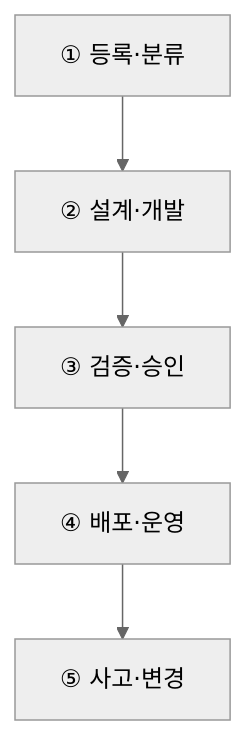
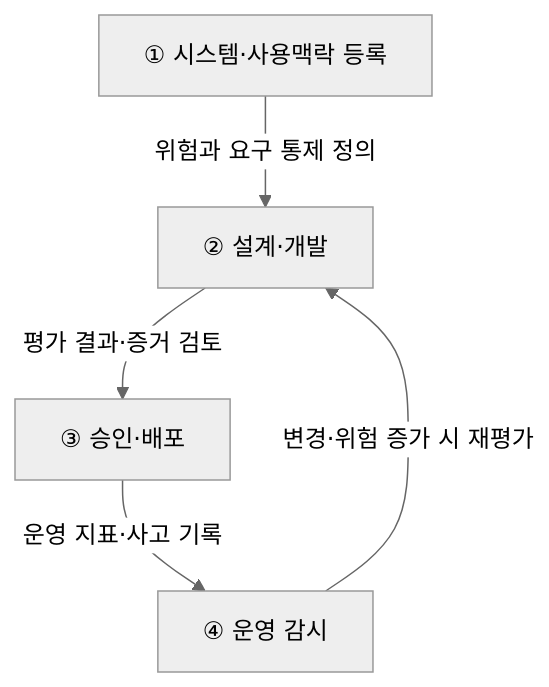
The second of 2 diagrams in src/content/docs/notes/itpe/01-it-strategy/050_ai_governance_platform.md (agnusdei1207/study), drawn with Mermaid (neutral theme) before and after one commit. The commit also changed other lines of this file and 3 other files, not shown here.

````diff
--- a/src/content/docs/notes/itpe/01-it-strategy/050_ai_governance_platform.md
+++ b/src/content/docs/notes/itpe/01-it-strategy/050_ai_governance_platform.md
@@ -106,4 +109,7 @@
 ```mermaid
 flowchart TD
-    S1["① 등록·분류"] --> S2["② 설계·개발"] --> S3["③ 검증·승인"] --> S4["④ 배포·운영"] --> S5["⑤ 사고·변경"]
+    S1["① 시스템·사용맥락 등록"] -->|"위험과 요구 통제 정의"| S2["② 설계·개발"]
+    S2 -->|"평가 결과·증거 검토"| S3["③ 승인·배포"]
+    S3 -->|"운영 지표·사고 기록"| S4["④ 운영 감시"]
+    S4 -->|"변경·위험 증가 시 재평가"| S2
 ```
````
